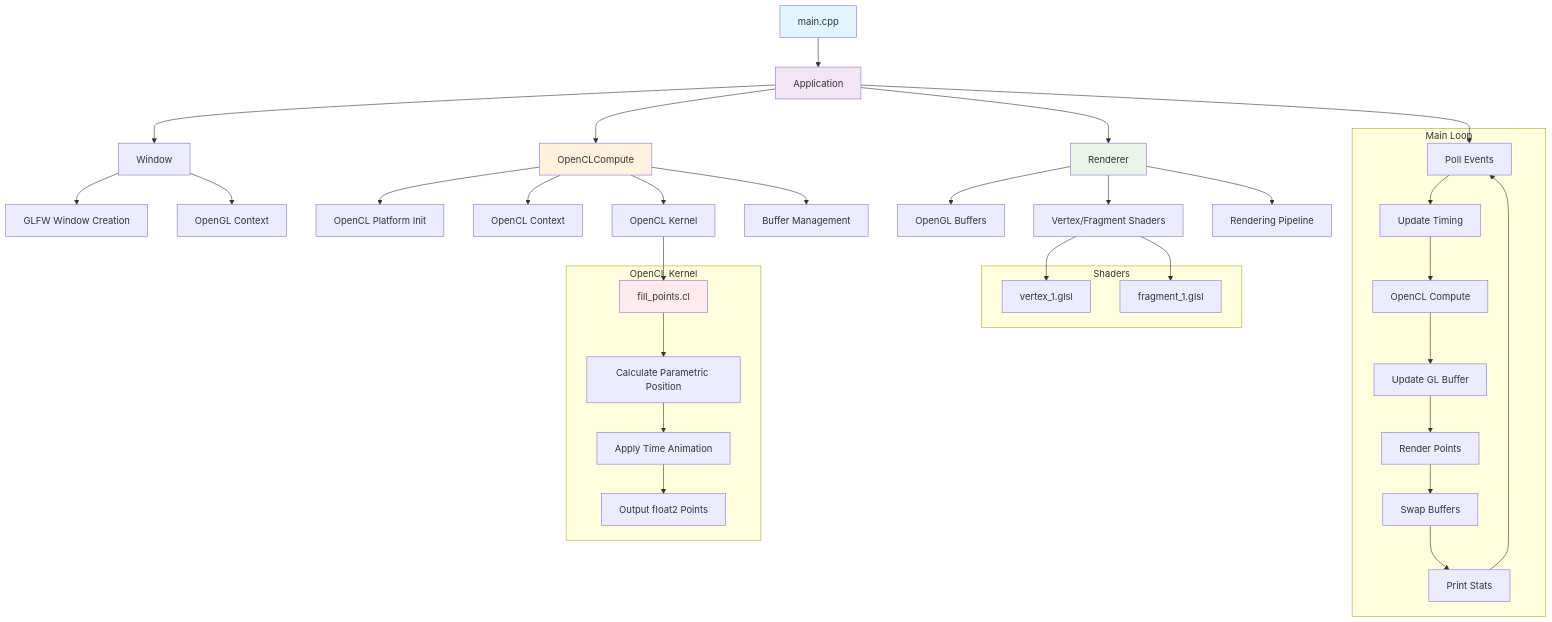
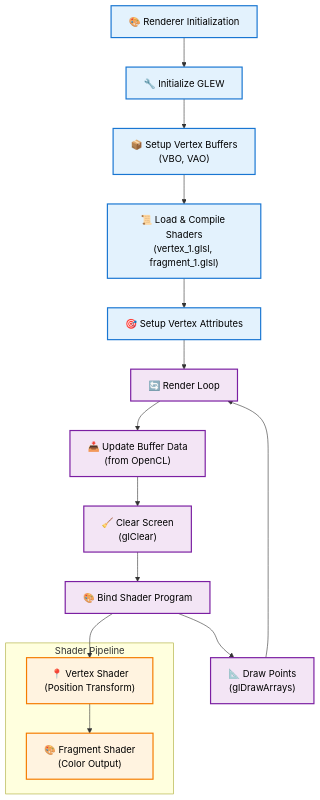
Before and after one commit to elvismello/visualizations_cpp: the fourth of 5 diagrams in README.md, drawn with Mermaid. The commit also changed other lines of this file and 1 other file, not shown here.

Commit message:
Changed flowchart

````diff
--- a/README.md
+++ b/README.md
@@ -11,54 +95,29 @@
 ```mermaid
 flowchart TD
-    A[main.cpp] --> B[Application]
-    B --> C[Window]
-    B --> D[OpenCLCompute]
-    B --> E[Renderer]
+    A["🎨 Renderer Initialization"] --> B["🔧 Initialize GLEW"]
+    B --> C["📦 Setup Vertex Buffers<br/>(VBO, VAO)"]
+    C --> D["📜 Load & Compile Shaders<br/>(vertex_1.glsl, fragment_1.glsl)"]
+    D --> E["🎯 Setup Vertex Attributes"]
     
-    C --> F[GLFW Window Creation]
-    C --> G[OpenGL Context]
+    E --> F["🔄 Render Loop"]
+    F --> G["📥 Update Buffer Data<br/>(from OpenCL)"]
+    G --> H["🧹 Clear Screen<br/>(glClear)"]
+    H --> I["🎨 Bind Shader Program"]
+    I --> J["📐 Draw Points<br/>(glDrawArrays)"]
+    J --> F
     
-    D --> H[OpenCL Platform Init]
-    D --> I[OpenCL Context]
-    D --> J[OpenCL Kernel]
-    D --> K[Buffer Management]
-    
-    E --> L[OpenGL Buffers]
-    E --> M[Vertex/Fragment Shaders]
-    E --> N[Rendering Pipeline]
-    
-    subgraph "Main Loop"
-        O[Poll Events] --> P[Update Timing]
-        P --> Q[OpenCL Compute]
-        Q --> R[Update GL Buffer]
-        R --> S[Render Points]
-        S --> T[Swap Buffers]
-        T --> U[Print Stats]
-        U --> O
+    subgraph "Shader Pipeline"
+        K["📍 Vertex Shader<br/>(Position Transform)"]
+        K --> L["🎨 Fragment Shader<br/>(Color Output)"]
     end
     
-    B --> O
+    I --> K
     
-    subgraph "OpenCL Kernel"
-        V[fill_points.cl]
-        V --> W[Calculate Parametric Position]
-        W --> X[Apply Time Animation]
-        X --> Y[Output float2 Points]
-    end
+    classDef init fill:#e3f2fd,stroke:#1976d2,stroke-width:2px,color:#000
+    classDef runtime fill:#f3e5f5,stroke:#7b1fa2,stroke-width:2px,color:#000
+    classDef shader fill:#fff3e0,stroke:#f57c00,stroke-width:2px,color:#000
     
-    J --> V
-    
-    subgraph "Shaders"
-        Z[vertex_1.glsl]
-        AA[fragment_1.glsl]
-    end
-    
-    M --> Z
-    M --> AA
-    
-    style A fill:#e1f5fe
-    style B fill:#f3e5f5
-    style D fill:#fff3e0
-    style E fill:#e8f5e8
-    style V fill:#ffebee
+    class A,B,C,D,E init
+    class F,G,H,I,J runtime
+    class K,L shader
 ```
````
